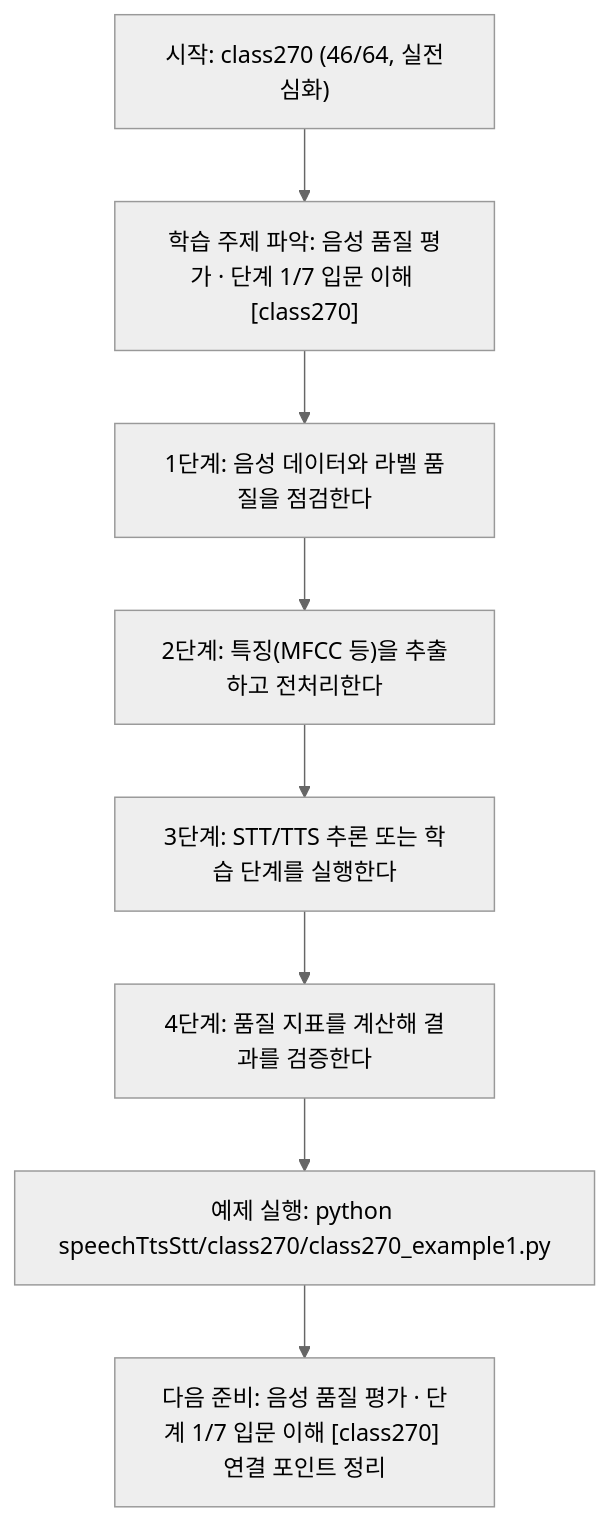
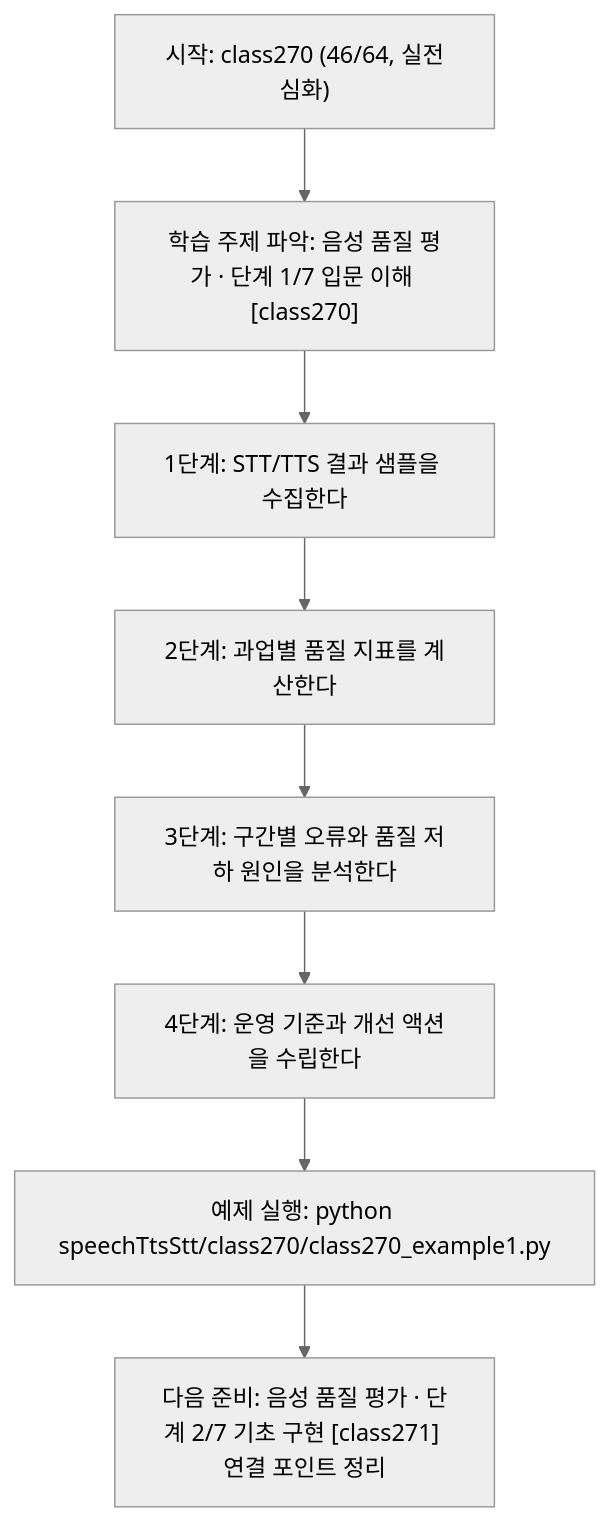
Before and after one commit to edumgt/Python-AI_Agent-Class: the diagram in speechTtsStt/class270/class270.md, drawn with Mermaid (neutral theme). The commit also changed other lines of this file and 1122 other files, not shown here.

````diff
--- a/speechTtsStt/class270/class270.md
+++ b/speechTtsStt/class270/class270.md
@@ -114,18 +95,18 @@
 ```mermaid
 flowchart TD
 N1["시작: class270 (46/64, 실전심화)"]
 N2["학습 주제 파악: 음성 품질 평가 · 단계 1/7 입문 이해 [class270]"]
-N3["1단계: 음성 데이터와 라벨 품질을 점검한다"]
-N4["2단계: 특징(MFCC 등)을 추출하고 전처리한다"]
-N5["3단계: STT/TTS 추론 또는 학습 단계를 실행한다"]
-N6["4단계: 품질 지표를 계산해 결과를 검증한다"]
+N3["1단계: STT/TTS 결과 샘플을 수집한다"]
+N4["2단계: 과업별 품질 지표를 계산한다"]
+N5["3단계: 구간별 오류와 품질 저하 원인을 분석한다"]
+N6["4단계: 운영 기준과 개선 액션을 수립한다"]
 N7["예제 실행: python speechTtsStt/class270/class270_example1.py"]
-N8["다음 준비: 음성 품질 평가 · 단계 1/7 입문 이해 [class270] 연결 포인트 정리"]
+N8["다음 준비: 음성 품질 평가 · 단계 2/7 기초 구현 [class271] 연결 포인트 정리"]
 N1 --> N2
 N2 --> N3
 N3 --> N4
 N4 --> N5
 N5 --> N6
 N6 --> N7
 N7 --> N8
 ```
````
